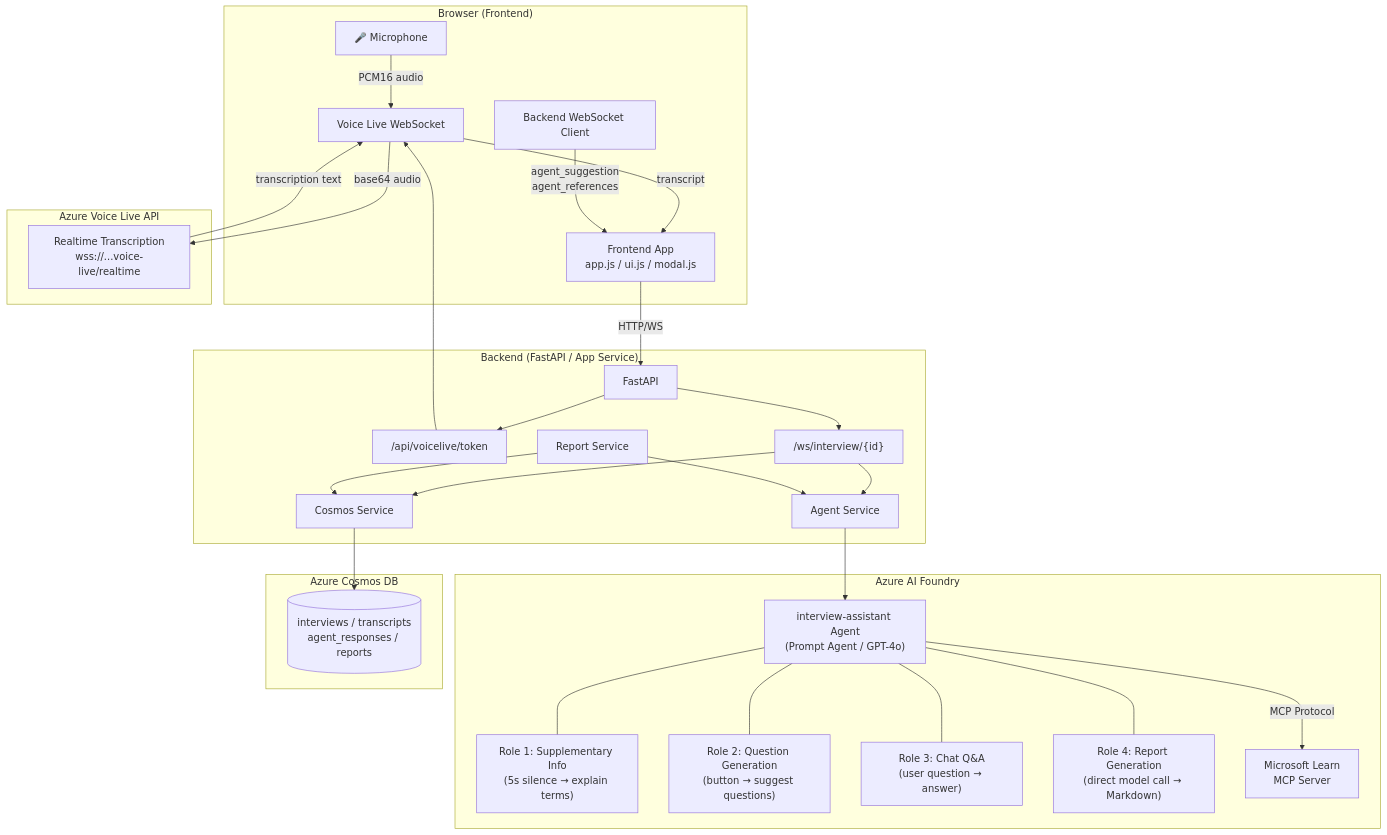
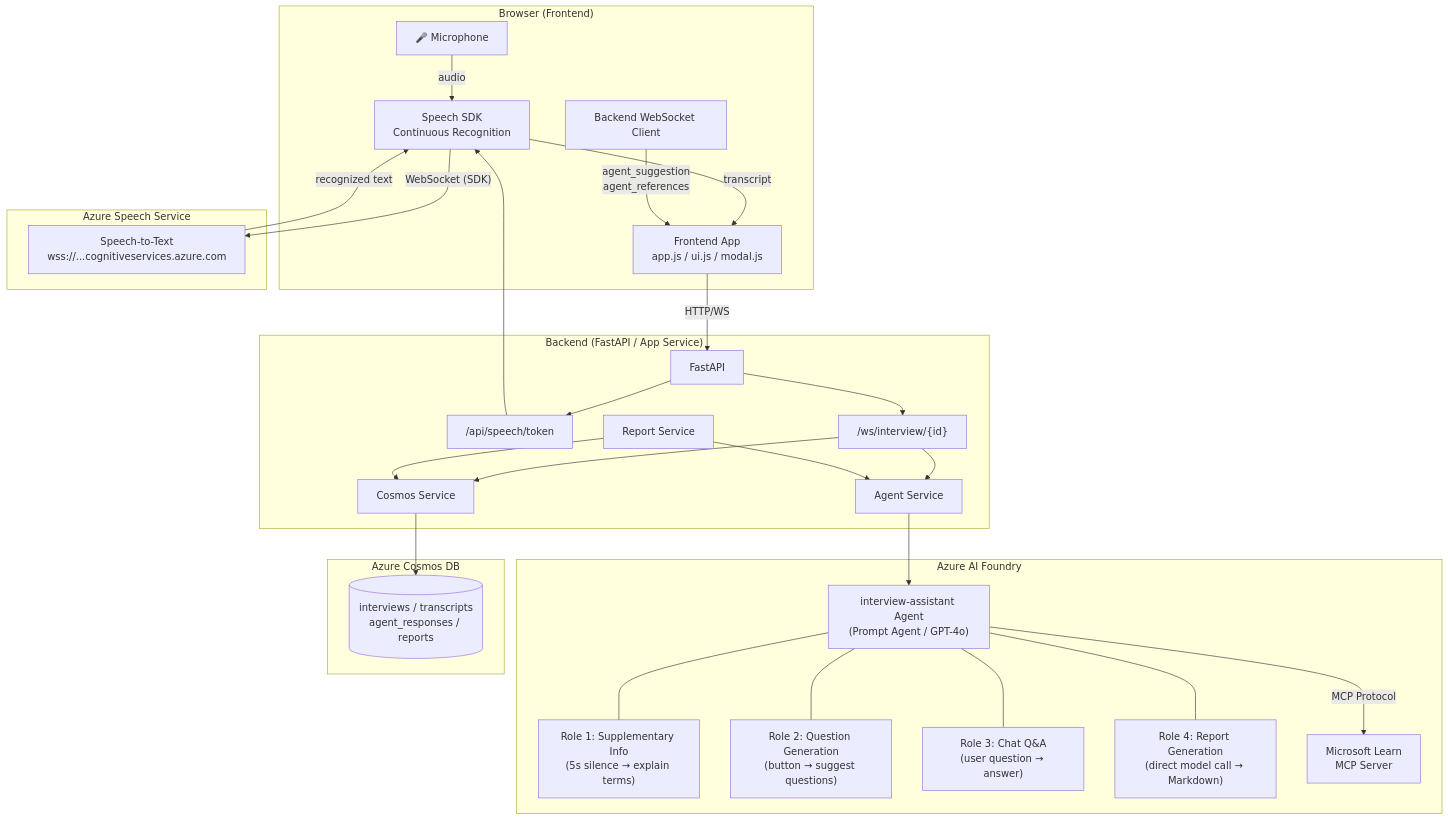
Before and after one commit to hatasaki/Interview-Assistant-AI: the first of 2 diagrams in README.md, drawn with Mermaid. The commit also changed other lines of this file and 12 other files, not shown here.

Commit message:
Refactor architecture to integrate Azure Speech SDK for transcription

````diff
--- a/README.md
+++ b/README.md
@@ -33,60 +33,60 @@
 ```mermaid
 graph TB
     subgraph Browser["Browser (Frontend)"]
         MIC["🎤 Microphone"]
-        VL_WS["Voice Live WebSocket"]
+        SPEECH["Speech SDK<br/>Continuous Recognition"]
         FE["Frontend App<br/>app.js / ui.js / modal.js"]
         BE_WS["Backend WebSocket Client"]
     end
 
-    subgraph VoiceLive["Azure Voice Live API"]
-        VL_API["Realtime Transcription<br/>wss://...voice-live/realtime"]
+    subgraph SpeechService["Azure Speech Service"]
+        STT["Speech-to-Text<br/>wss://...cognitiveservices.azure.com"]
     end
 
     subgraph Backend["Backend (FastAPI / App Service)"]
         APP["FastAPI"]
-        R_VL["/api/voicelive/token"]
+        R_SP["/api/speech/token"]
         R_WS["/ws/interview/{id}"]
         AGT_SVC["Agent Service"]
         COS_SVC["Cosmos Service"]
         RPT_SVC["Report Service"]
     end
 
     subgraph AI["Azure AI Foundry"]
         AGENT["interview-assistant Agent<br/>(Prompt Agent / GPT-4o)"]
         ROLE1["Role 1: Supplementary Info<br/>(5s silence → explain terms)"]
         ROLE2["Role 2: Question Generation<br/>(button → suggest questions)"]
         ROLE3["Role 3: Chat Q&A<br/>(user question → answer)"]
         ROLE4["Role 4: Report Generation<br/>(direct model call → Markdown)"]
         MCP["Microsoft Learn<br/>MCP Server"]
         AGENT --- ROLE1
         AGENT --- ROLE2
         AGENT --- ROLE3
         AGENT --- ROLE4
         AGENT -->|"MCP Protocol"| MCP
     end
 
     subgraph DB["Azure Cosmos DB"]
         COSMOS[("interviews / transcripts<br/>agent_responses / reports")]
     end
 
-    MIC -->|"PCM16 audio"| VL_WS
-    VL_WS -->|"base64 audio"| VL_API
-    VL_API -->|"transcription text"| VL_WS
-    VL_WS -->|"transcript"| FE
+    MIC -->|"audio"| SPEECH
+    SPEECH -->|"WebSocket (SDK)"| STT
+    STT -->|"recognized text"| SPEECH
+    SPEECH -->|"transcript"| FE
 
     FE -->|"HTTP/WS"| APP
-    APP --> R_VL
+    APP --> R_SP
     APP --> R_WS
-    R_VL --> VL_WS
+    R_SP --> SPEECH
 
     R_WS --> AGT_SVC
     R_WS --> COS_SVC
     RPT_SVC --> AGT_SVC
     RPT_SVC --> COS_SVC
 
     AGT_SVC --> AGENT
     COS_SVC --> COSMOS
 
     BE_WS -->|"agent_suggestion<br/>agent_references"| FE
 ```
````
